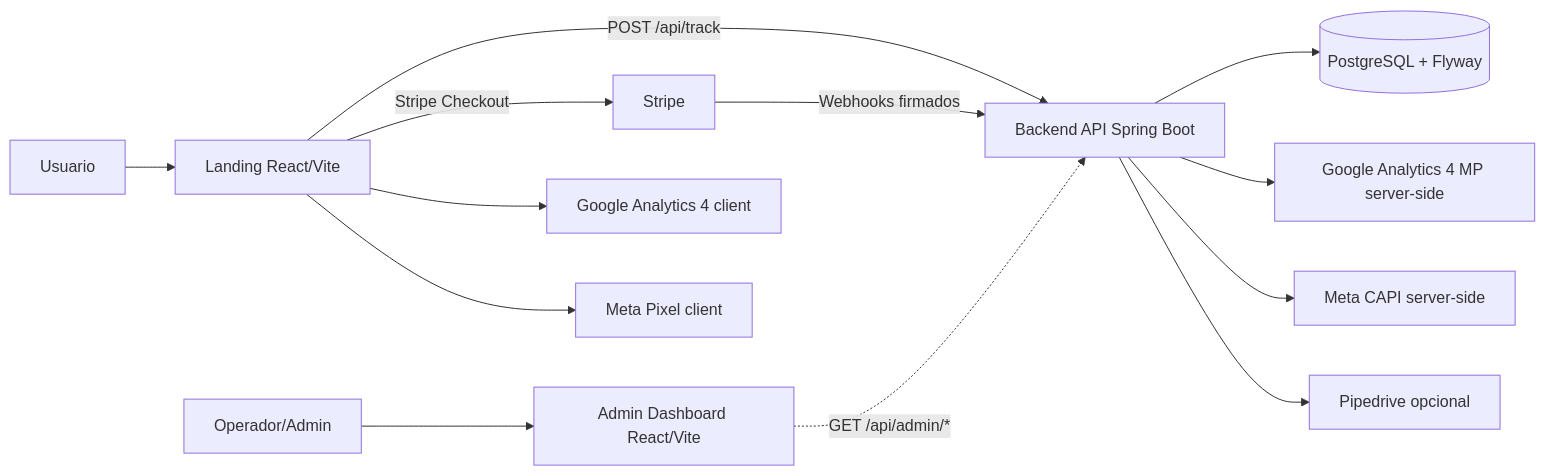
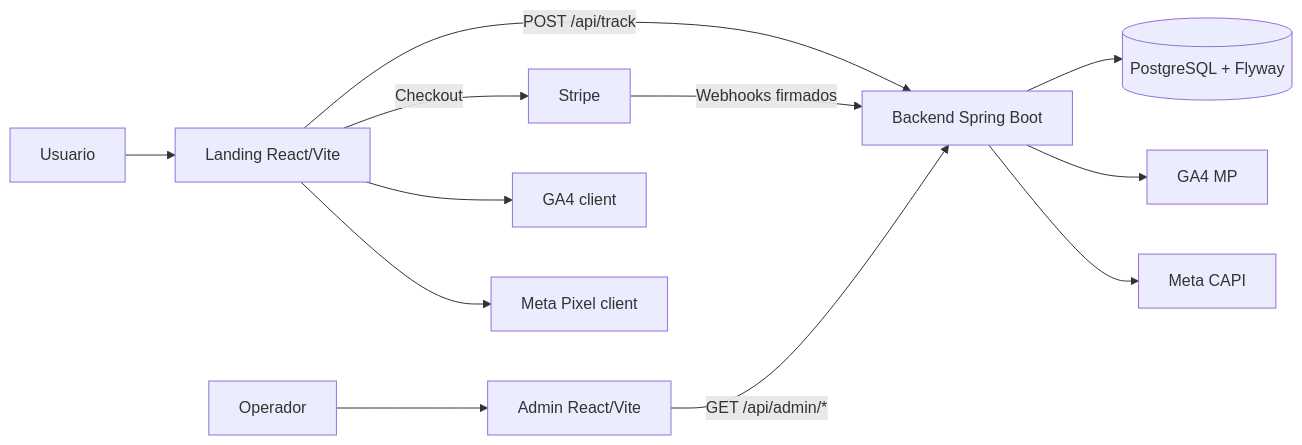
The first of 2 diagrams in README.md (No-Country-simulation/S02-26-Equipo-15-Web-App-Development), drawn with Mermaid before and after one commit. The commit also changed other lines of this file and 10 other files, not shown here.

````diff
--- a/README.md
+++ b/README.md
@@ -77,18 +39,18 @@
 ```mermaid
 flowchart LR
   U[Usuario] --> L[Landing React/Vite]
-  A[Operador/Admin] --> AD[Admin Dashboard React/Vite]
+  O[Operador] --> AD[Admin React/Vite]
 
-  L -->|POST /api/track| API[Backend API Spring Boot]
-  L -->|Stripe Checkout| ST[Stripe]
+  L -->|POST /api/track| API[Backend Spring Boot]
+  L -->|Checkout| ST[Stripe]
   ST -->|Webhooks firmados| API
 
-  AD -.->|GET /api/admin/*| API
+  L --> GAC[GA4 client]
+  L --> MPC[Meta Pixel client]
 
   API --> DB[(PostgreSQL + Flyway)]
-  L --> GAC[Google Analytics 4 client]
-  L --> MPC[Meta Pixel client]
-  API --> GASS[Google Analytics 4 MP server-side]
-  API --> MCAPI[Meta CAPI server-side]
-  API --> PD[Pipedrive opcional]
+  API --> GASS[GA4 MP]
+  API --> MCAPI[Meta CAPI]
+
+  AD -->|GET /api/admin/*| API
 ```
````
